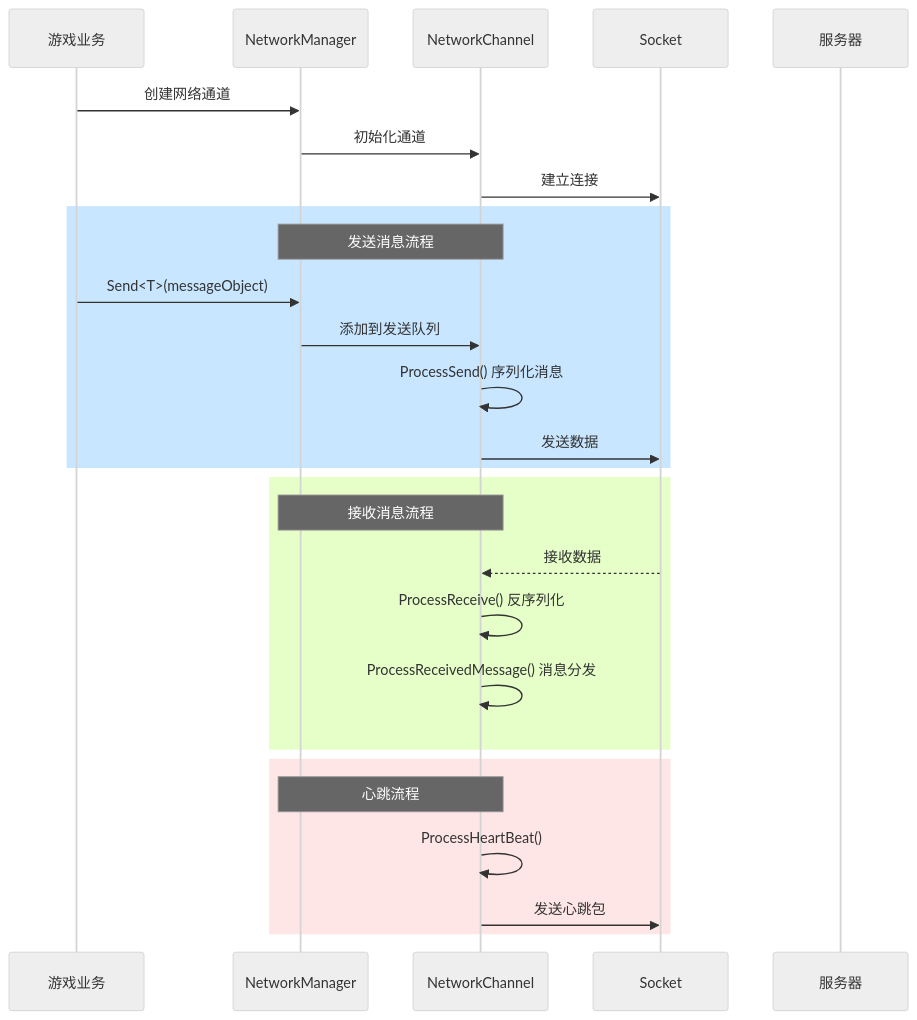
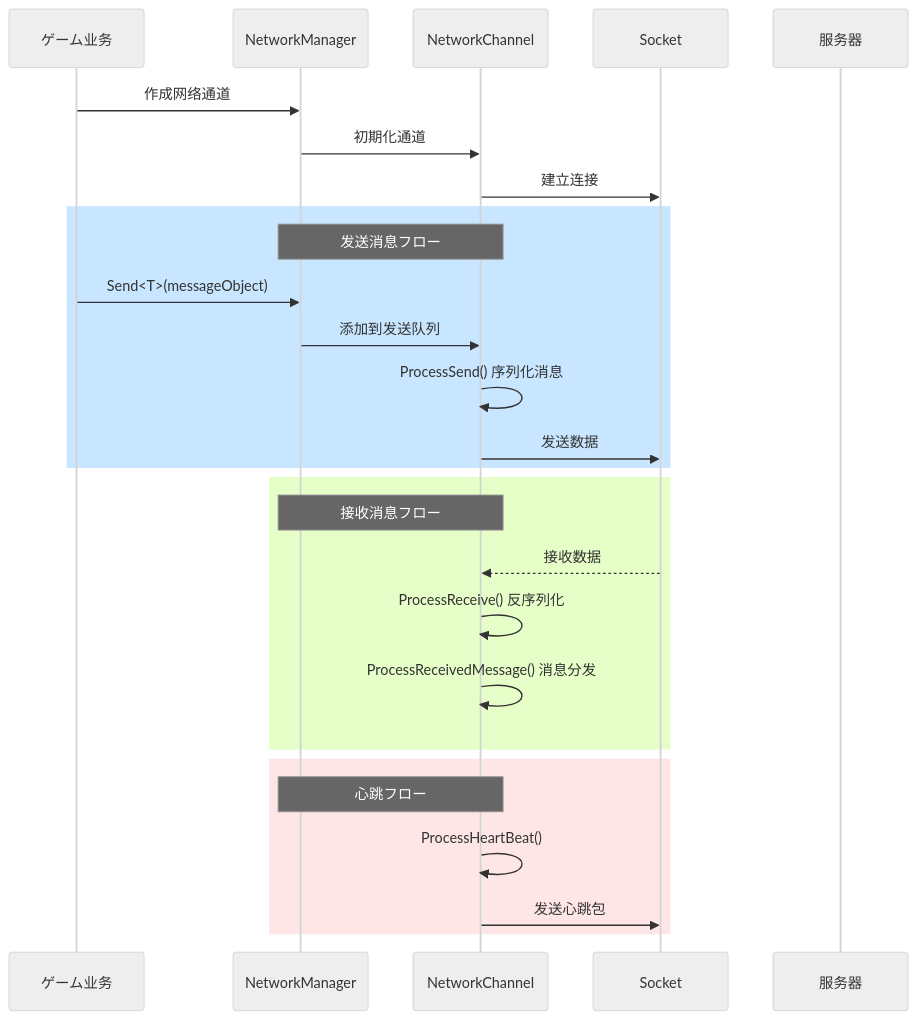
Before and after one commit to AlianBlank/GameFrameX.Docs: the second of 3 diagrams in docs/ja/client/unity/component/network/04.network-manager.md, drawn with Mermaid (neutral theme). The commit also changed other lines of this file and 603 other files, not shown here.

````diff
--- a/docs/ja/client/unity/component/network/04.network-manager.md
+++ b/docs/ja/client/unity/component/network/04.network-manager.md
@@ -84,33 +84,33 @@
 ```mermaid
 sequenceDiagram
-    participant Game as 游戏业务
+    participant Game as ゲーム业务
     participant NM as NetworkManager
     participant NC as NetworkChannel
     participant Socket as Socket
     participant Server as 服务器
 
-    Game->>NM: 创建网络通道
-    NM->>NC: 初始化通道
+    Game->>NM: 作成网络通道
+    NM->>NC: 初期化通道
     NC->>Socket: 建立连接
     
     rect rgb(200, 230, 255)
-        Note over NM,NC: 发送消息流程
+        Note over NM,NC: 发送消息フロー
         Game->>NM: Send<T>(messageObject)
         NM->>NC: 添加到发送队列
         NC->>NC: ProcessSend() 序列化消息
         NC->>Socket: 发送数据
     end
     
     rect rgb(230, 255, 200)
-        Note over NM,NC: 接收消息流程
+        Note over NM,NC: 接收消息フロー
         Socket-->>NC: 接收数据
         NC->>NC: ProcessReceive() 反序列化
         NC->>NC: ProcessReceivedMessage() 消息分发
     end
     
     rect rgb(255, 230, 230)
-        Note over NM,NC: 心跳流程
+        Note over NM,NC: 心跳フロー
         NC->>NC: ProcessHeartBeat()
         NC->>Socket: 发送心跳包
     end
 ```
````
